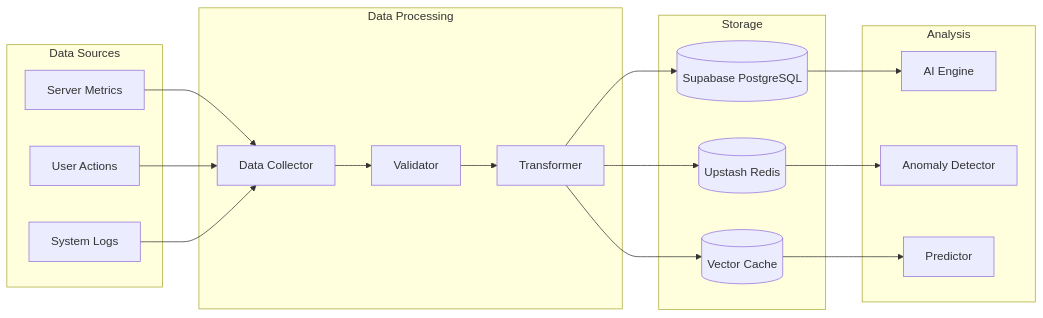
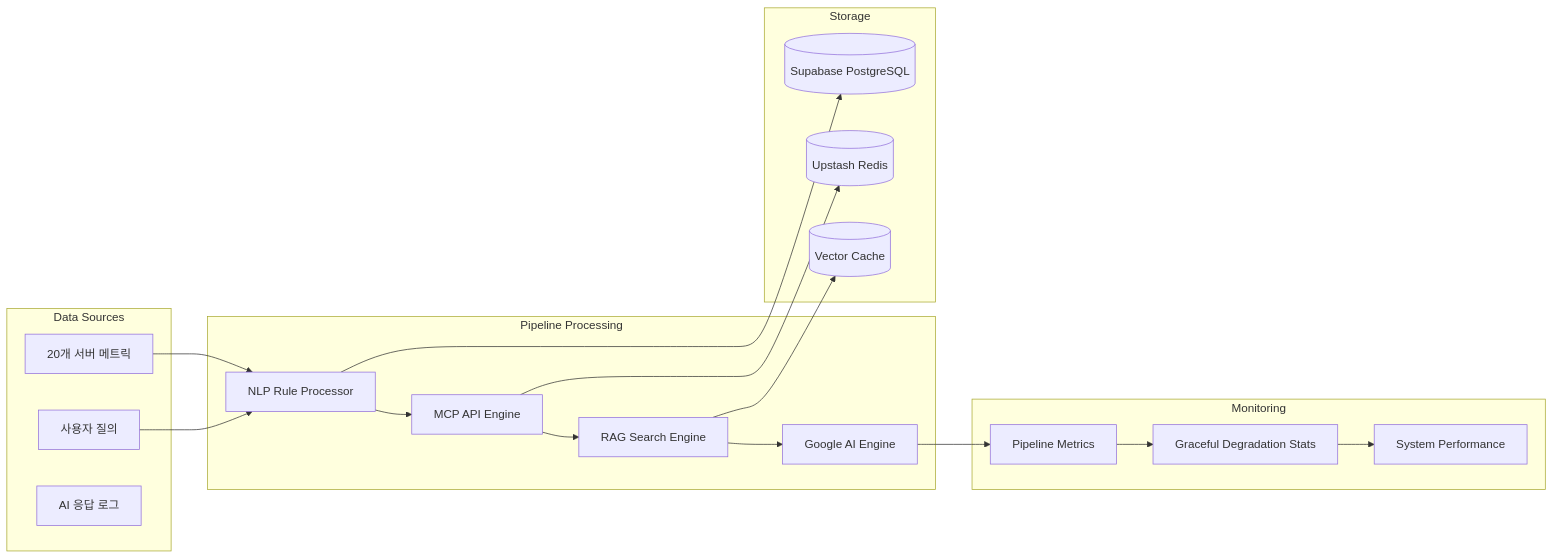
Before and after one commit to skyasu2/openmanager-vibe-v5: the second of 2 diagrams in docs/ARCHITECTURE.md, drawn with Mermaid. The commit also changed other lines of this file and 24 other files, not shown here.

````diff
--- a/docs/ARCHITECTURE.md
+++ b/docs/ARCHITECTURE.md
@@ -257,38 +241,39 @@
 ```mermaid
 graph LR
     subgraph "Data Sources"
-        S1[Server Metrics]
-        S2[User Actions]
-        S3[System Logs]
+        S1[20개 서버 메트릭]
+        S2[사용자 질의]
+        S3[AI 응답 로그]
     end
 
-    subgraph "Data Processing"
-        C[Data Collector]
-        V[Validator]
-        T[Transformer]
+    subgraph "Pipeline Processing"
+        P1[NLP Rule Processor]
+        P2[MCP API Engine]
+        P3[RAG Search Engine]
+        P4[Google AI Engine]
     end
 
     subgraph "Storage"
         PG[(Supabase PostgreSQL)]
         RD[(Upstash Redis)]
         VC[(Vector Cache)]
     end
 
-    subgraph "Analysis"
-        AI[AI Engine]
-        A[Anomaly Detector]
-        P[Predictor]
+    subgraph "Monitoring"
+        PM[Pipeline Metrics]
+        GM[Graceful Degradation Stats]
+        SM[System Performance]
     end
 
-    S1 --> C
-    S2 --> C
-    S3 --> C
-    C --> V
-    V --> T
-    T --> PG
-    T --> RD
-    T --> VC
-    PG --> AI
-    RD --> A
-    VC --> P
+    S1 --> P1
+    S2 --> P1
+    P1 --> P2
+    P2 --> P3
+    P3 --> P4
+    P1 --> PG
+    P2 --> RD
+    P3 --> VC
+    P4 --> PM
+    PM --> GM
+    GM --> SM
 ```
````
